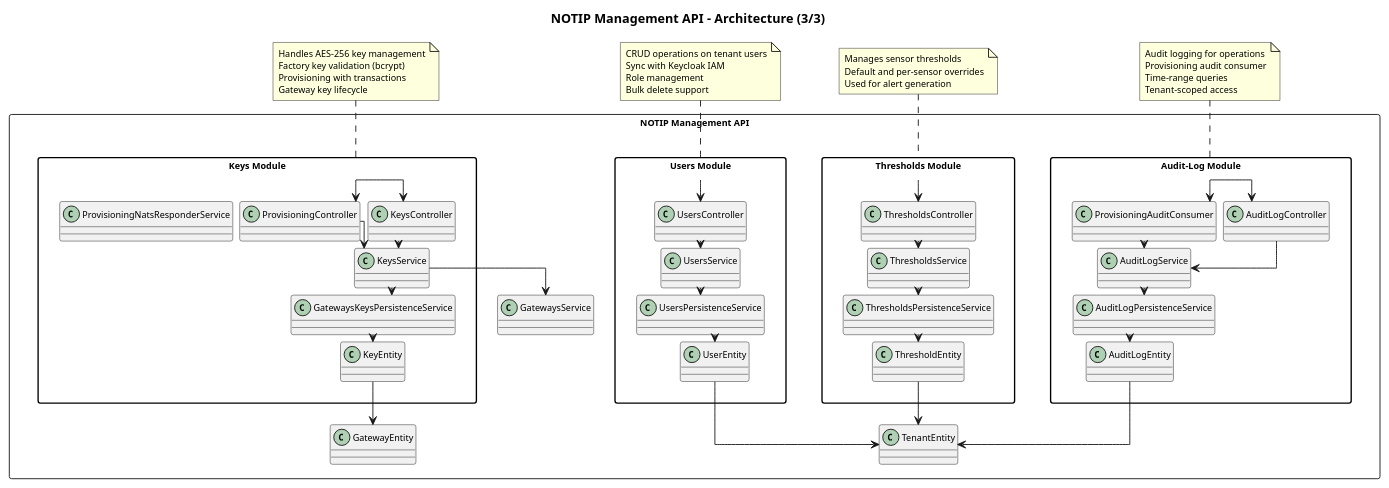
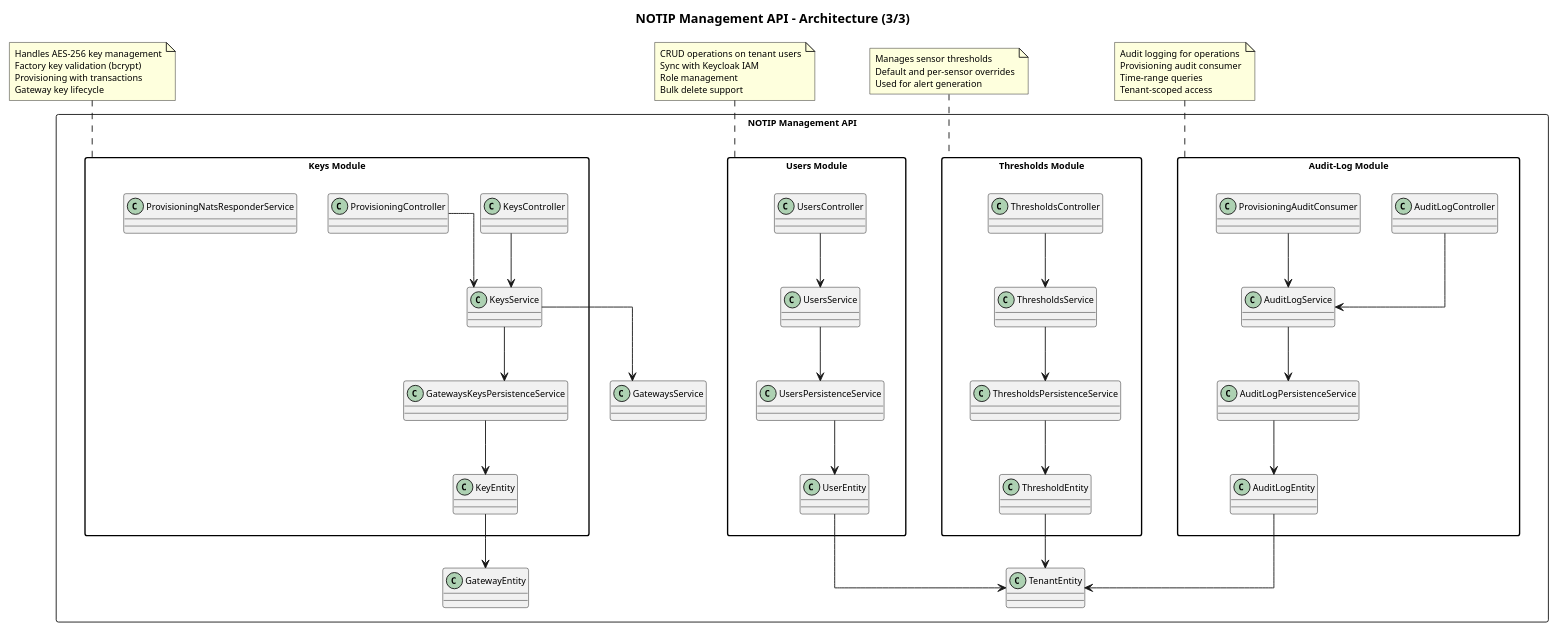
One commit to NoTIPswe/RepoDocumentale changed the diagram in docs/13-pb/docest/specifica_tecnica_management_api/assets/01-app-architecture-part3.puml. Above: the diagram before and after it, drawn with PlantUML. The commit also changed 31 other files, not shown here.

```diff
--- a/docs/13-pb/docest/specifica_tecnica_management_api/assets/01-app-architecture-part3.puml
+++ b/docs/13-pb/docest/specifica_tecnica_management_api/assets/01-app-architecture-part3.puml
@@ -1,105 +1,97 @@
 @startuml
 title NOTIP Management API - Architecture (3/3)
 
 skinparam backgroundColor #FFFFFF
 skinparam defaultFontSize 10
 skinparam defaultFontColor #000000
-skinparam nodesep 8
-skinparam ranksep 8
 skinparam linetype ortho
 skinparam packageStyle rectangle
 
 package "NOTIP Management API" <<Rectangle>> {
   package "Keys Module" as KeysModule {
     class "KeysController" as KeysController
     class "ProvisioningController" as ProvisioningController
     class "KeysService" as KeysService
     class "GatewaysKeysPersistenceService" as GatewaysKeysPersistenceService
     class "ProvisioningNatsResponderService" as ProvisioningNatsResponderService
     class "KeyEntity" as KeyEntity
   }
 
   package "Users Module" as UsersModule {
     class "UsersController" as UsersController
     class "UsersService" as UsersService
     class "UsersPersistenceService" as UsersPersistenceService
     class "UserEntity" as UserEntity
   }
 
   package "Thresholds Module" as ThresholdsModule {
     class "ThresholdsController" as ThresholdsController
     class "ThresholdsService" as ThresholdsService
     class "ThresholdsPersistenceService" as ThresholdsPersistenceService
     class "ThresholdEntity" as ThresholdEntity
   }
 
   package "Audit-Log Module" as AuditLogModule {
     class "AuditLogController" as AuditLogController
     class "AuditLogService" as AuditLogService
     class "AuditLogPersistenceService" as AuditLogPersistenceService
     class "ProvisioningAuditConsumer" as ProvisioningAuditConsumer
     class "AuditLogEntity" as AuditLogEntity
   }
 
   ' Keys relationships
-  KeysModule --> KeysController
-  KeysModule --> ProvisioningController
   KeysController --> KeysService
   ProvisioningController --> KeysService
   KeysService --> GatewaysKeysPersistenceService
   KeysService --> GatewaysService
   GatewaysKeysPersistenceService --> KeyEntity
   KeyEntity --> GatewayEntity
 
   ' Users relationships
-  UsersModule --> UsersController
   UsersController --> UsersService
   UsersService --> UsersPersistenceService
   UsersPersistenceService --> UserEntity
   UserEntity --> TenantEntity
 
   ' Thresholds relationships
-  ThresholdsModule --> ThresholdsController
   ThresholdsController --> ThresholdsService
   ThresholdsService --> ThresholdsPersistenceService
   ThresholdsPersistenceService --> ThresholdEntity
   ThresholdEntity --> TenantEntity
 
   ' Audit-Log relationships
-  AuditLogModule --> AuditLogController
   AuditLogController --> AuditLogService
   AuditLogService --> AuditLogPersistenceService
-  AuditLogModule --> ProvisioningAuditConsumer
   AuditLogPersistenceService --> AuditLogEntity
   AuditLogEntity --> TenantEntity
   ProvisioningAuditConsumer --> AuditLogService
 }
 
 note top of KeysModule
   Handles AES-256 key management
   Factory key validation (bcrypt)
   Provisioning with transactions
   Gateway key lifecycle
 end note
 
 note top of UsersModule
   CRUD operations on tenant users
   Sync with Keycloak IAM
   Role management
   Bulk delete support
 end note
 
 note top of ThresholdsModule
   Manages sensor thresholds
   Default and per-sensor overrides
   Used for alert generation
 end note
 
 note top of AuditLogModule
   Audit logging for operations
   Provisioning audit consumer
   Time-range queries
   Tenant-scoped access
 end note
 
 @enduml
```
